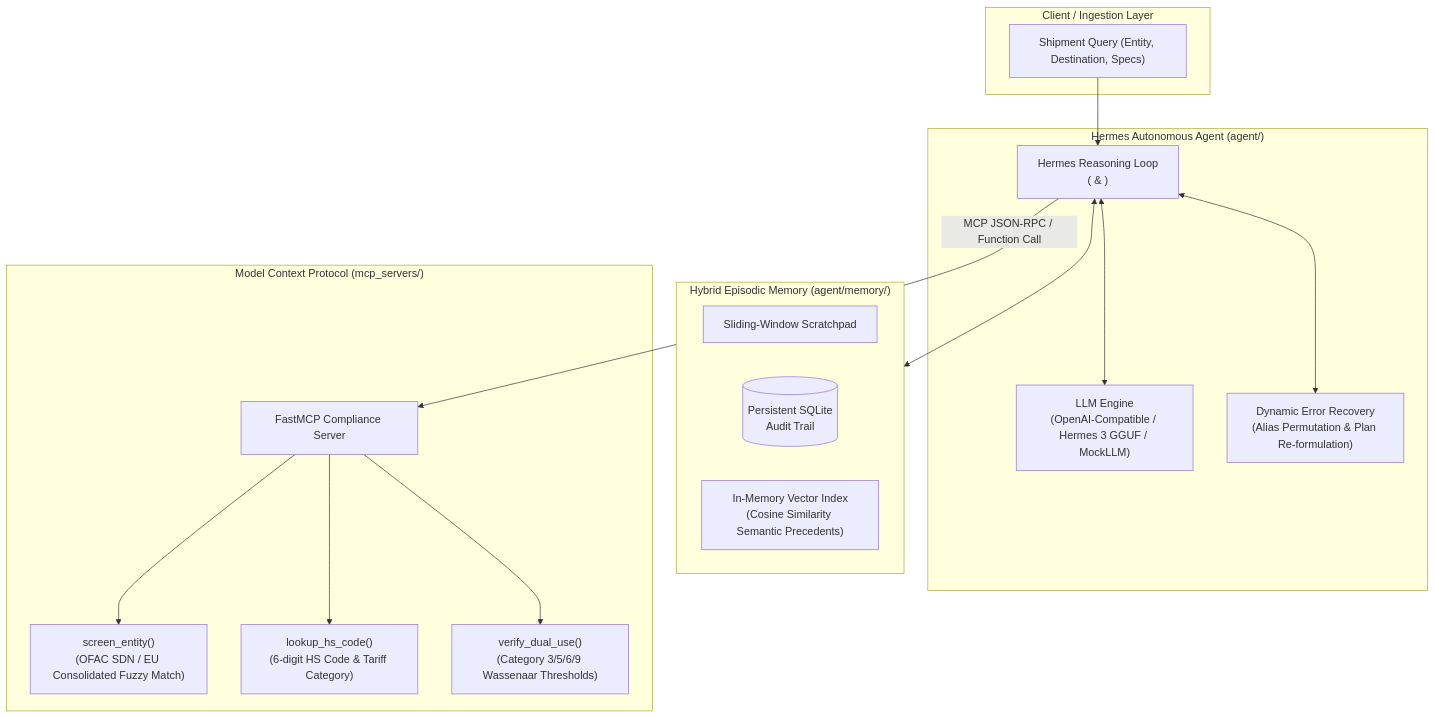
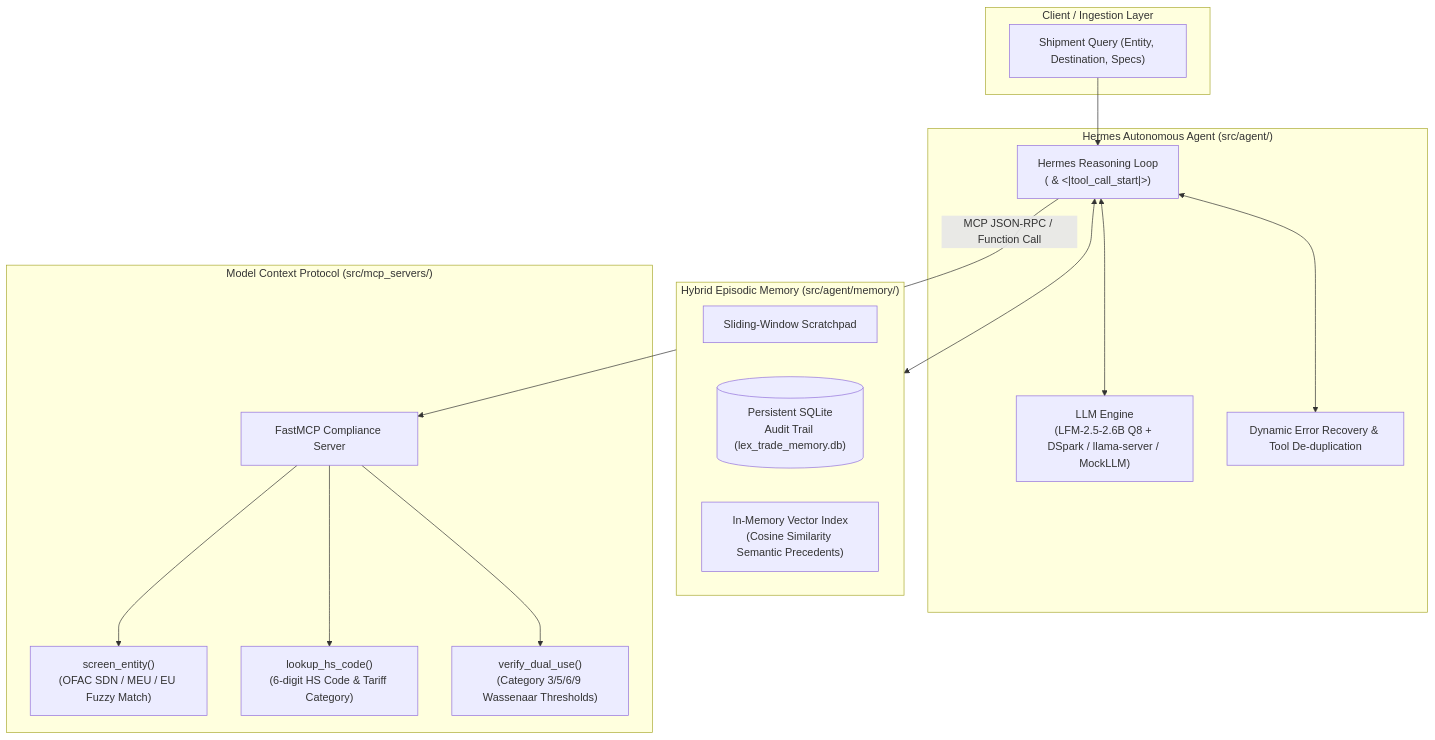
One commit to TheWilsonGlobal/lex-trade-agent changed the first of 2 diagrams in README.md. Above: the diagram before and after it, drawn with Mermaid. The commit also changed other lines of this file and 2 other files, not shown here.

First line of the commit message:
docs: update README with LLM backend, env config, and expanded capabilities

````diff
--- a/README.md
+++ b/README.md
@@ -16,34 +38,34 @@
 ```mermaid
 flowchart TD
     subgraph Client ["Client / Ingestion Layer"]
         ShipmentReq["Shipment Query (Entity, Destination, Specs)"]
     end
 
-    subgraph AgentEngine ["Hermes Autonomous Agent (agent/)"]
-        LLM["LLM Engine\n(OpenAI-Compatible / Hermes 3 GGUF / MockLLM)"]
-        ReAct["Hermes Reasoning Loop\n(<scratchpad> & <tool_call>)"]
-        Recovery["Dynamic Error Recovery\n(Alias Permutation & Plan Re-formulation)"]
+    subgraph AgentEngine ["Hermes Autonomous Agent (src/agent/)"]
+        LLM["LLM Engine\n(LFM-2.5-2.6B Q8 + DSpark / llama-server / MockLLM)"]
+        ReAct["Hermes Reasoning Loop\n(<scratchpad> & <|tool_call_start|>)"]
+        Recovery["Dynamic Error Recovery & Tool De-duplication"]
     end
 
-    subgraph MemoryLayer ["Hybrid Episodic Memory (agent/memory/)"]
+    subgraph MemoryLayer ["Hybrid Episodic Memory (src/agent/memory/)"]
         Scratchpad["Sliding-Window Scratchpad"]
-        SQLiteStore[("Persistent SQLite\nAudit Trail")]
+        SQLiteStore[("Persistent SQLite\nAudit Trail (lex_trade_memory.db)")]
         VectorIndex["In-Memory Vector Index\n(Cosine Similarity Semantic Precedents)"]
     end
 
-    subgraph MCPTools ["Model Context Protocol (mcp_servers/)"]
+    subgraph MCPTools ["Model Context Protocol (src/mcp_servers/)"]
         MCP["FastMCP Compliance Server"]
-        Tool1["screen_entity()\n(OFAC SDN / EU Consolidated Fuzzy Match)"]
+        Tool1["screen_entity()\n(OFAC SDN / MEU / EU Fuzzy Match)"]
         Tool2["lookup_hs_code()\n(6-digit HS Code & Tariff Category)"]
         Tool3["verify_dual_use()\n(Category 3/5/6/9 Wassenaar Thresholds)"]
     end
 
     ShipmentReq --> ReAct
     ReAct <--> LLM
     ReAct <--> Recovery
     ReAct <--> MemoryLayer
     ReAct -- "MCP JSON-RPC / Function Call" --> MCP
     MCP --> Tool1
     MCP --> Tool2
     MCP --> Tool3
 ```
````
